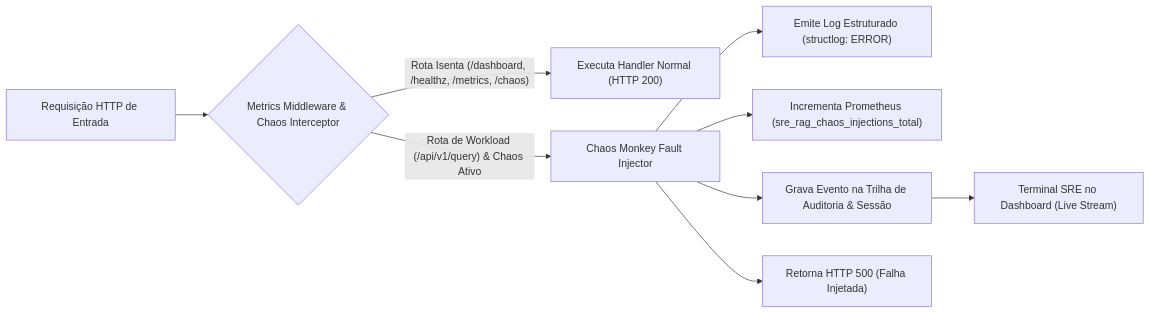
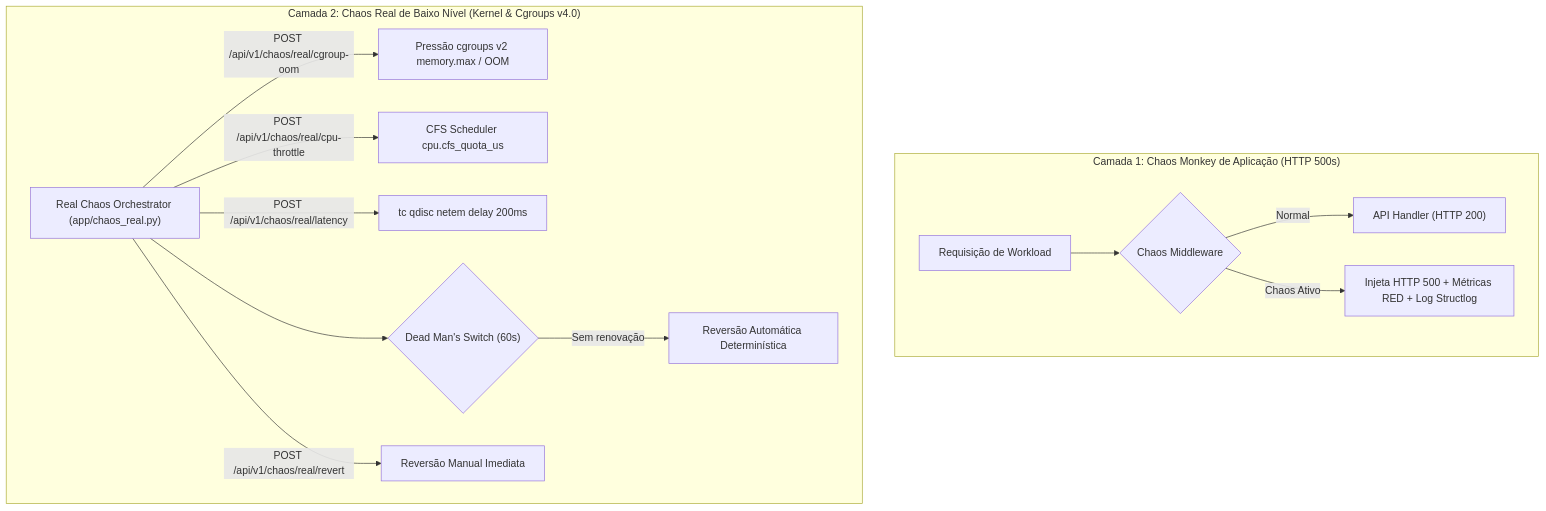
The third of 8 diagrams in README.md (magnomct/sre_rag_agent), drawn with Mermaid before and after one commit. The commit also changed other lines of this file, not shown here.

Commit message:
docs(v4.0): overhaul architecture diagrams, OODA flows, dual-layer chaos, and hybrid search in README

````diff
--- a/README.md
+++ b/README.md
@@ -218,15 +261,19 @@
 ```mermaid
-flowchart LR
-    Req["Requisição HTTP de Entrada"] --> Middleware{"Metrics Middleware & Chaos Interceptor"}
+flowchart TD
+    subgraph Layer1 ["Camada 1: Chaos Monkey de Aplicação (HTTP 500s)"]
+        Req["Requisição de Workload"] --> Mid{"Chaos Middleware"}
+        Mid -->|"Normal"| AppHandler["API Handler (HTTP 200)"]
+        Mid -->|"Chaos Ativo"| MockErr["Injeta HTTP 500 + Métricas RED + Log Structlog"]
+    end
 
-    Middleware -->|"Rota Isenta (/dashboard, /healthz, /metrics, /chaos)"| Normal["Executa Handler Normal (HTTP 200)"]
-    
-    Middleware -->|"Rota de Workload (/api/v1/query) & Chaos Ativo"| Injector["Chaos Monkey Fault Injector"]
-    
-    Injector --> Log["Emite Log Estruturado (structlog: ERROR)"]
-    Injector --> Metric["Incrementa Prometheus (sre_rag_chaos_injections_total)"]
-    Injector --> Audit["Grava Evento na Trilha de Auditoria & Sessão"]
-    Injector --> Fail["Retorna HTTP 500 (Falha Injetada)"]
-
-    Audit --> Terminal["Terminal SRE no Dashboard (Live Stream)"]
+    subgraph Layer2 ["Camada 2: Chaos Real de Baixo Nível (Kernel & Cgroups v4.0)"]
+        Orch["Real Chaos Orchestrator (app/chaos_real.py)"]
+        Orch -->|"POST /api/v1/chaos/real/cgroup-oom"| CgroupMem["Pressão cgroups v2 memory.max / OOM"]
+        Orch -->|"POST /api/v1/chaos/real/cpu-throttle"| CgroupCPU["CFS Scheduler cpu.cfs_quota_us"]
+        Orch -->|"POST /api/v1/chaos/real/latency"| TCNet["tc qdisc netem delay 200ms"]
+        
+        Orch --> Timer{"Dead Man's Switch (60s)"}
+        Timer -->|"Sem renovação"| AutoRevert["Reversão Automática Determinística"]
+        Orch -->|"POST /api/v1/chaos/real/revert"| ManualRevert["Reversão Manual Imediata"]
+    end
 ```
````
